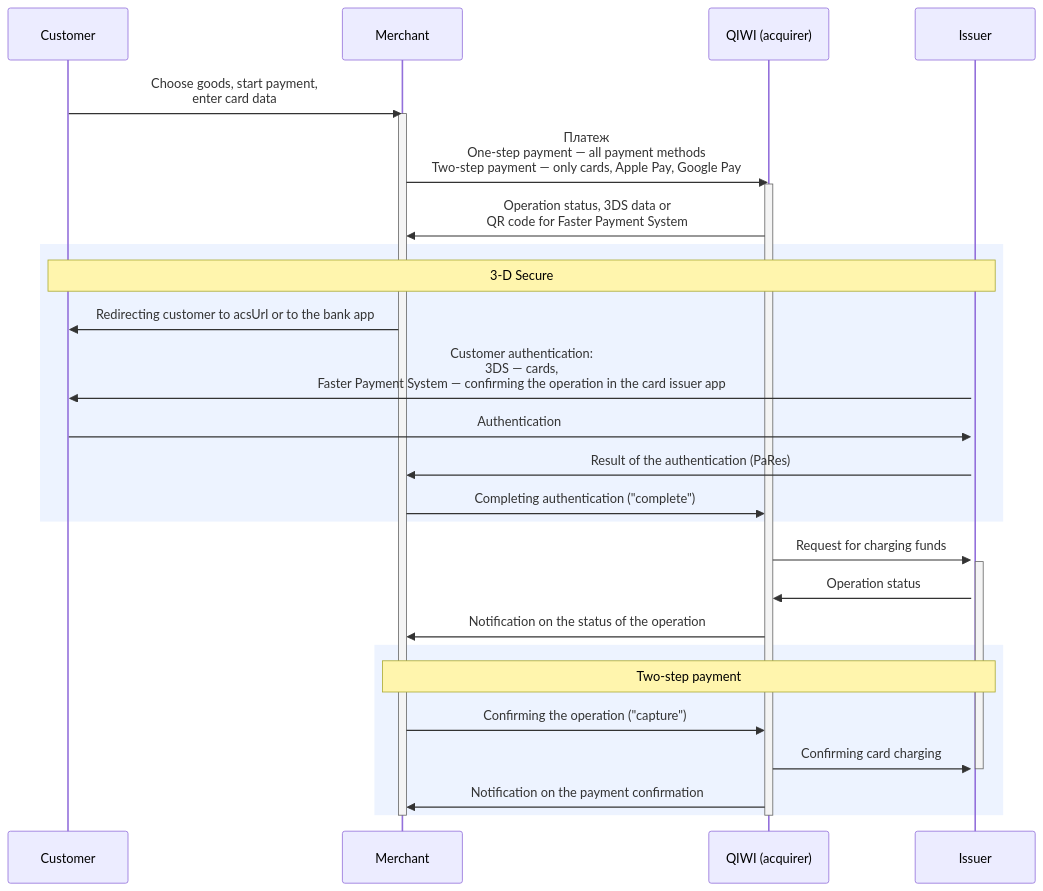
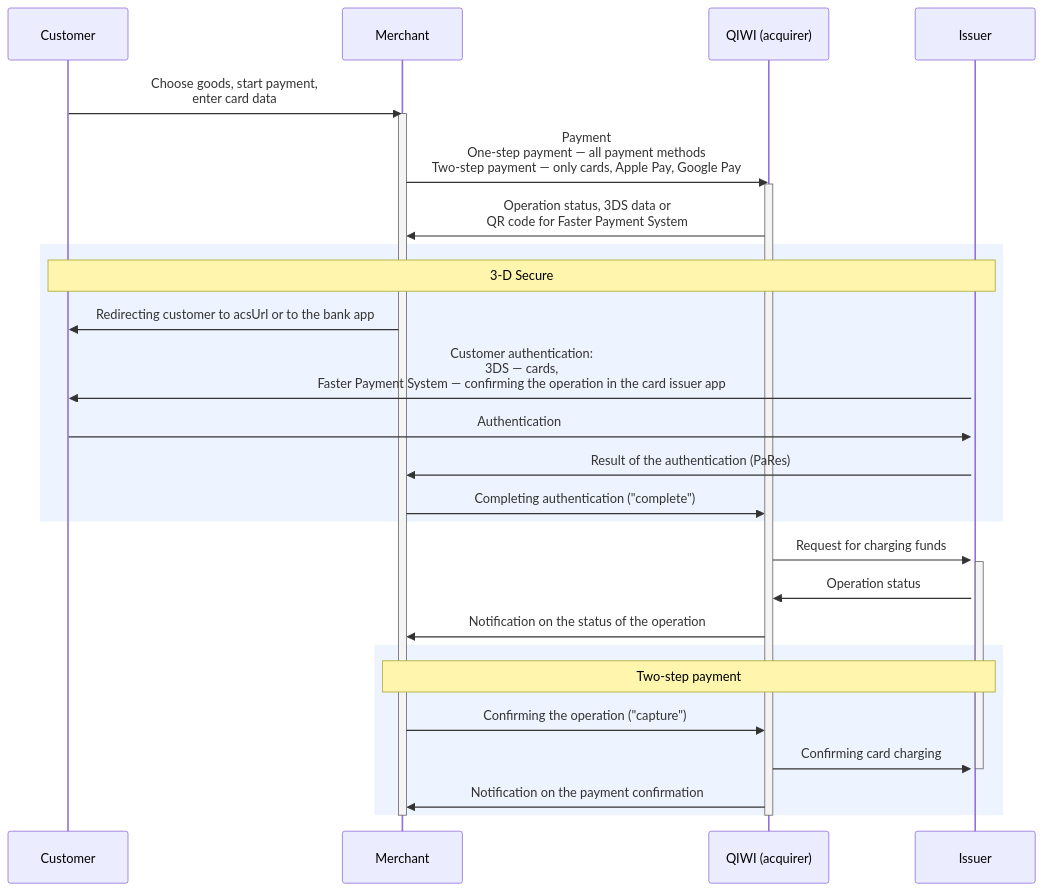
One commit to QIWI-API/payments-docs changed the diagram in _merchant-form_en.html.md. Above: the diagram before and after it, drawn with Mermaid. The commit also changed other lines of this file and 17 other files, not shown here.

```diff
--- a/_merchant-form_en.html.md
+++ b/_merchant-form_en.html.md
@@ -18,34 +18,34 @@
 <div class="mermaid">
 sequenceDiagram
 participant customer as Customer
 participant store as Merchant
 participant qb as QIWI (acquirer)
 participant ips as Issuer
 customer->>store:Choose goods, start payment,<br/>enter card data
 activate store
-store->>qb:Платеж<br/>One-step payment — all payment methods<br/>Two-step payment — only cards, Apple Pay, Google Pay
+store->>qb:Payment<br/>One-step payment — all payment methods<br/>Two-step payment — only cards, Apple Pay, Google Pay
 activate qb
 qb->>store:Operation status, 3DS data or<br/>QR code for Faster Payment System
 rect rgb(237, 243, 255)
 Note over customer, ips:3-D Secure
 store->>customer:Redirecting customer to acsUrl or to the bank app
 activate ips
 ips->>customer:Customer authentication:<br/>3DS — cards,<br/>Faster Payment System — confirming the operation in the card issuer app
 customer->>ips:Authentication
 ips->>store:Result of the authentication (PaRes)
 store->>qb:Completing authentication ("complete")
 end
 qb->>ips:Request for charging funds
 activate ips
 ips->>qb:Operation status
 qb->>store:Notification on the status of the operation
 rect rgb(237, 243, 255)
 Note over store, ips:Two-step payment
 store->>qb:Confirming the operation ("capture")
 qb->>ips:Confirming card charging
 deactivate ips
 qb->>store:Notification on the payment confirmation
 end
 deactivate qb
 deactivate store
 </div>
```
